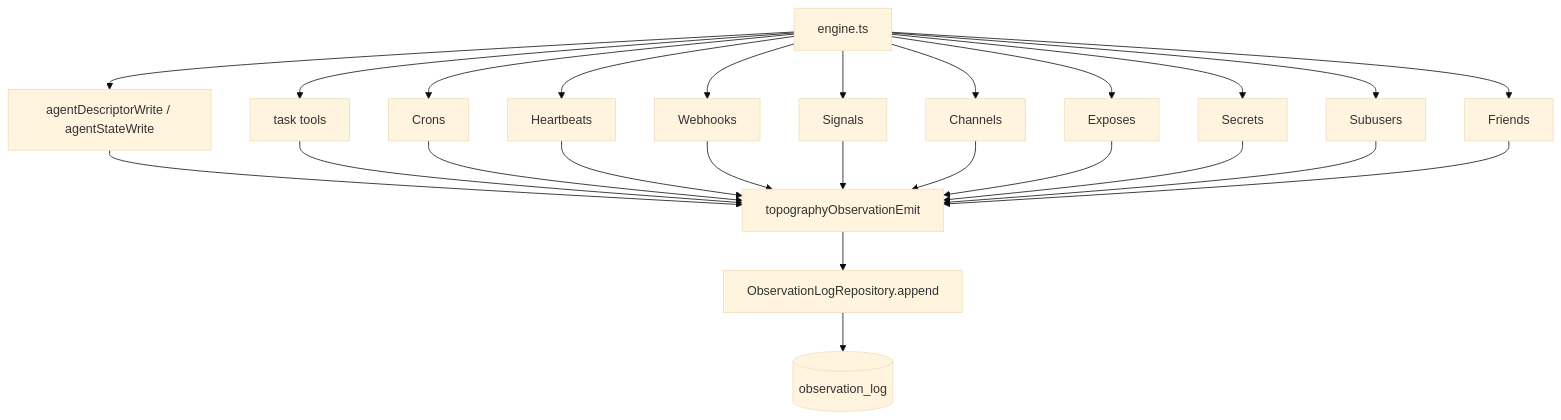
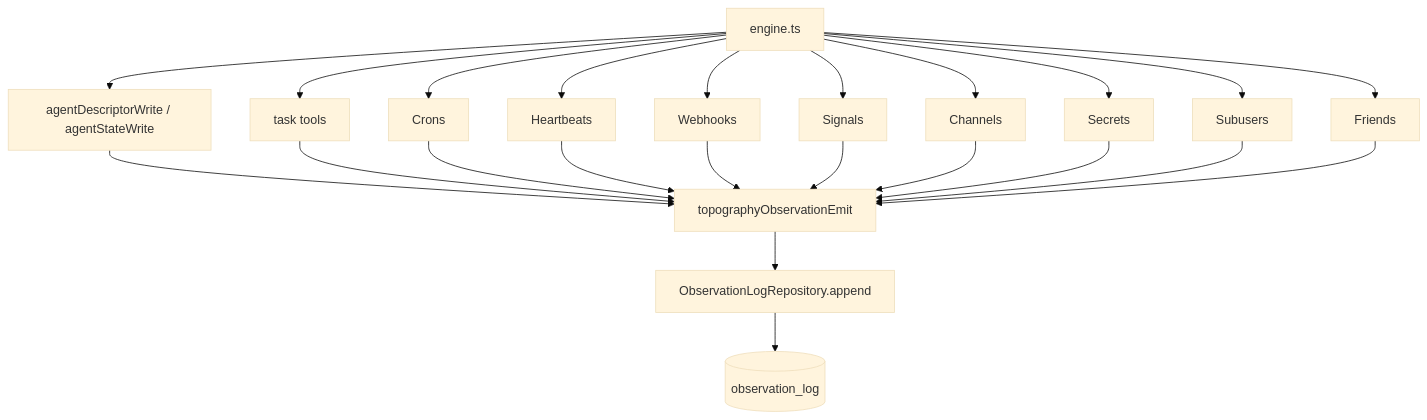
Before and after one commit to ex3ndr/daycare: the diagram in doc/internals/topography-observation-events.md, drawn with Mermaid (base theme). The commit also changed other lines of this file and 73 other files, not shown here.

````diff
--- a/doc/internals/topography-observation-events.md
+++ b/doc/internals/topography-observation-events.md
@@ -20,29 +19,27 @@
 ```mermaid
 graph TD
     Engine[engine.ts] --> Agents[agentDescriptorWrite / agentStateWrite]
     Engine --> Tasks[task tools]
     Engine --> Crons[Crons]
     Engine --> Heartbeats[Heartbeats]
     Engine --> Webhooks[Webhooks]
     Engine --> Signals[Signals]
     Engine --> Channels[Channels]
-    Engine --> Exposes[Exposes]
     Engine --> Secrets[Secrets]
     Engine --> Subusers[Subusers]
     Engine --> Friends[Friends]
 
     Agents --> Emit[topographyObservationEmit]
     Tasks --> Emit
     Crons --> Emit
     Heartbeats --> Emit
     Webhooks --> Emit
     Signals --> Emit
     Channels --> Emit
-    Exposes --> Emit
     Secrets --> Emit
     Subusers --> Emit
     Friends --> Emit
 
     Emit --> Repo[ObservationLogRepository.append]
     Repo --> Table[(observation_log)]
 ```
````
